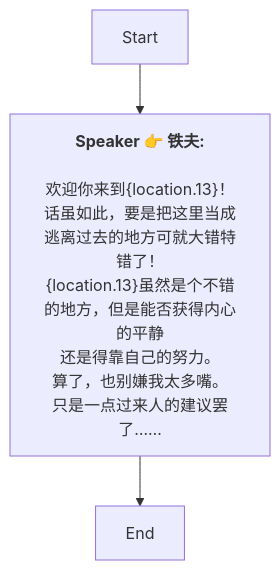
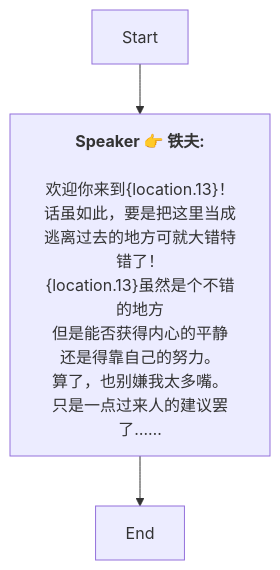
One commit to SoftHu/tos_avg changed the diagram in Zh/AddDialogNode_1741891248533772.md. Above: the diagram before and after it, drawn with Mermaid. The commit also changed 199 other files, not shown here.

````diff
--- a/Zh/AddDialogNode_1741891248533772.md
+++ b/Zh/AddDialogNode_1741891248533772.md
@@ -1,13 +1,14 @@
 ```mermaid
 graph
 Start -->1741905378806083[<b>Speaker 👉 铁夫:</b>
 
 欢迎你来到&lbrace;location.13&rbrace;！
 话虽如此，要是把这里当成逃离过去的地方可就大错特错了！
-&lbrace;location.13&rbrace;虽然是个不错的地方，但是能否获得内心的平静
+&lbrace;location.13&rbrace;虽然是个不错的地方
+但是能否获得内心的平静
 还是得靠自己的努力。
 算了，也别嫌我太多嘴。
 只是一点过来人的建议罢了……]
 1741905378806083 -->1741905938224452[End]
 
  ```
````
